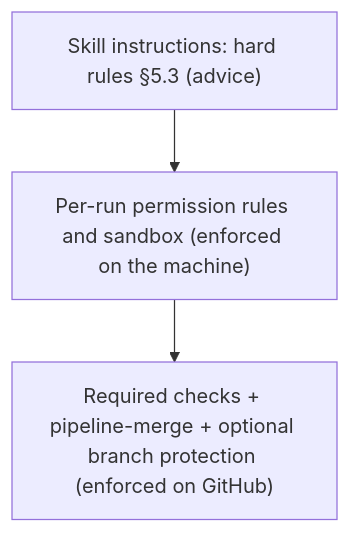
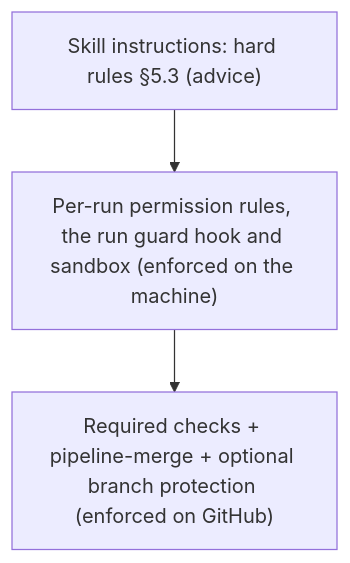
The fifth of 7 diagrams in docs/superpowers/specs/2026-09-24-claude-pipeline-design.md (AndresRubio/andres-skills), drawn with Mermaid before and after one commit. The commit also changed other lines of this file and 2 other files, not shown here.

Commit message:
docs(spec): run guard (D9 updated), private-data test issue 10, Phase 2 verification hardening (D15, §7.4)

````diff
--- a/docs/superpowers/specs/2026-09-24-claude-pipeline-design.md
+++ b/docs/superpowers/specs/2026-09-24-claude-pipeline-design.md
@@ -397,4 +400,4 @@
 ```mermaid
 flowchart TB
-    L1["Skill instructions: hard rules §5.3 (advice)"] --> L2["Per-run permission rules and sandbox (enforced on the machine)"] --> L3["Required checks + pipeline-merge + optional branch protection (enforced on GitHub)"]
+    L1["Skill instructions: hard rules §5.3 (advice)"] --> L2["Per-run permission rules, the run guard hook and sandbox (enforced on the machine)"] --> L3["Required checks + pipeline-merge + optional branch protection (enforced on GitHub)"]
 ```
````
